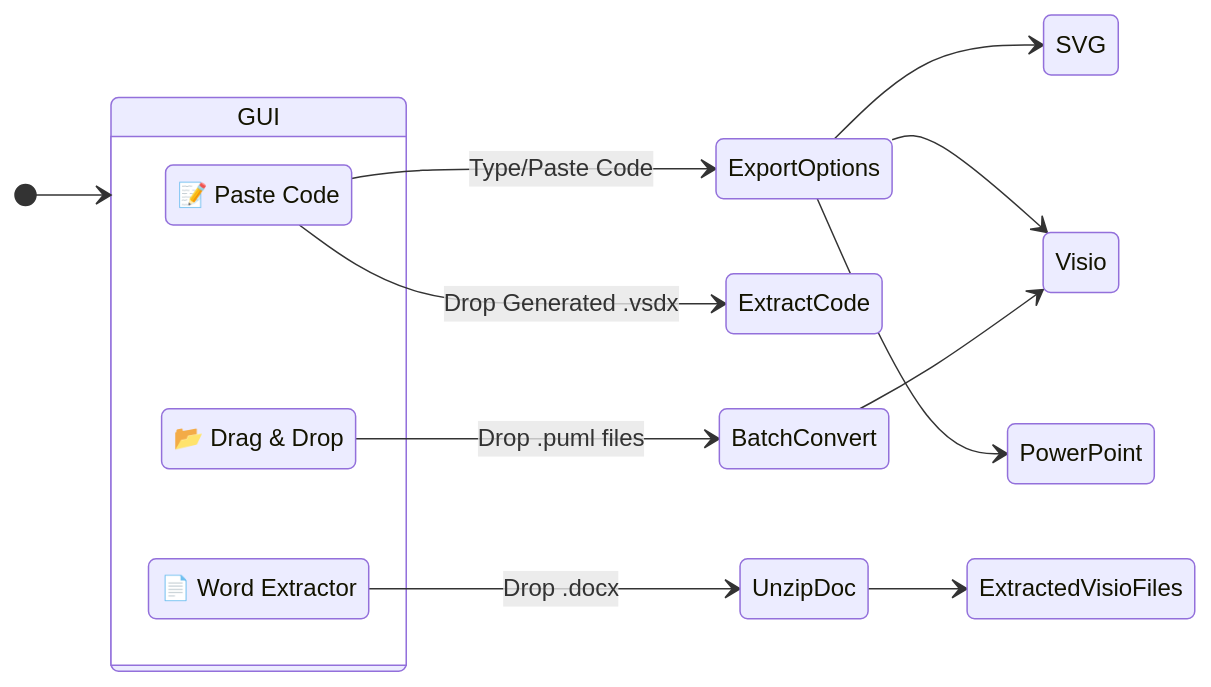
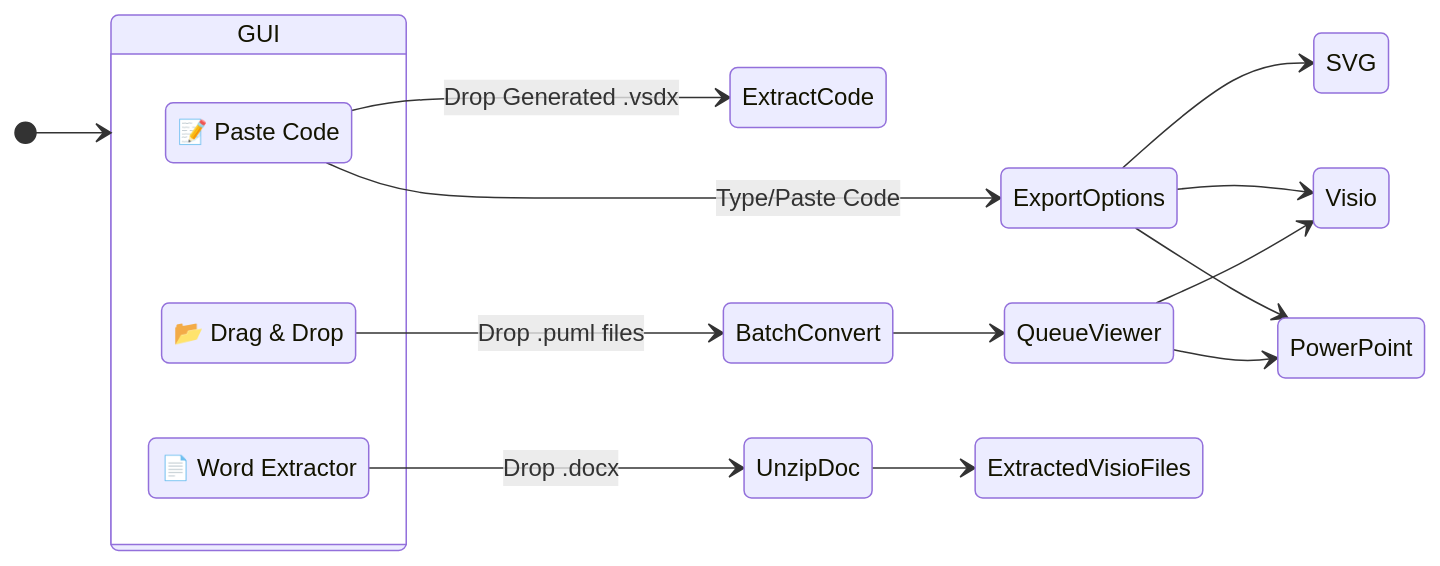
Before and after one commit to telekom/3gpp-meeting-tools: the second of 2 diagrams in puml2visio/README.md, drawn with Mermaid. The commit also changed other lines of this file, not shown here.

````diff
--- a/puml2visio/README.md
+++ b/puml2visio/README.md
@@ -113,24 +116,27 @@
 ```mermaid
 stateDiagram-v2
     direction LR
     [*] --> GUI
 
     state GUI {
         Tab1: 📝 Paste Code
         Tab2: 📂 Drag & Drop
         Tab3: 📄 Word Extractor
     }
 
     Tab1 --> ExportOptions: Type/Paste Code
     Tab1 --> ExtractCode: Drop Generated .vsdx
     
     ExportOptions --> SVG
     ExportOptions --> Visio
     ExportOptions --> PowerPoint
 
     Tab2 --> BatchConvert: Drop .puml files
-    BatchConvert --> Visio
+    BatchConvert --> QueueViewer
 
     Tab3 --> UnzipDoc: Drop .docx
     UnzipDoc --> ExtractedVisioFiles
+    
+    QueueViewer --> Visio
+    QueueViewer --> PowerPoint
 ```
````
